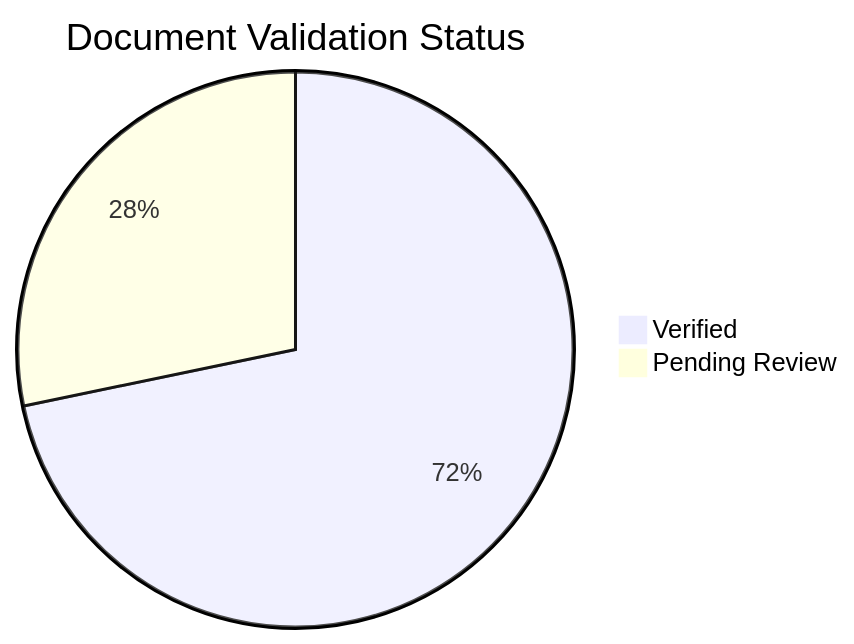
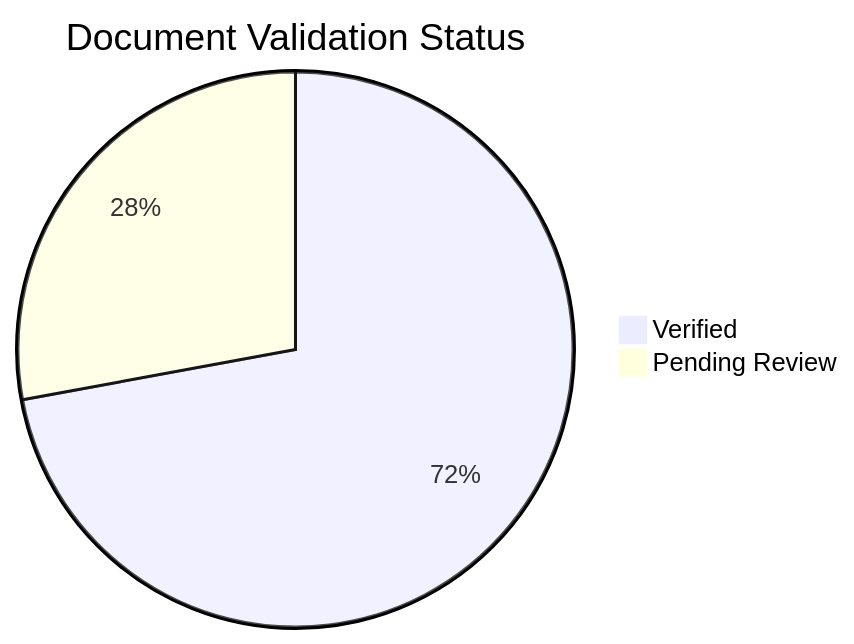
The diagram in docs/reference/content-validation-status.md (yeongseon/azure-container-apps-practical-guide), drawn with Mermaid before and after one commit. The commit also changed other lines of this file and 23 other files, not shown here.

````diff
--- a/docs/reference/content-validation-status.md
+++ b/docs/reference/content-validation-status.md
@@ -36,5 +36,5 @@
 ```mermaid
 pie title Document Validation Status
-    "Verified" : 165
+    "Verified" : 168
     "Pending Review" : 65
 ```
````
